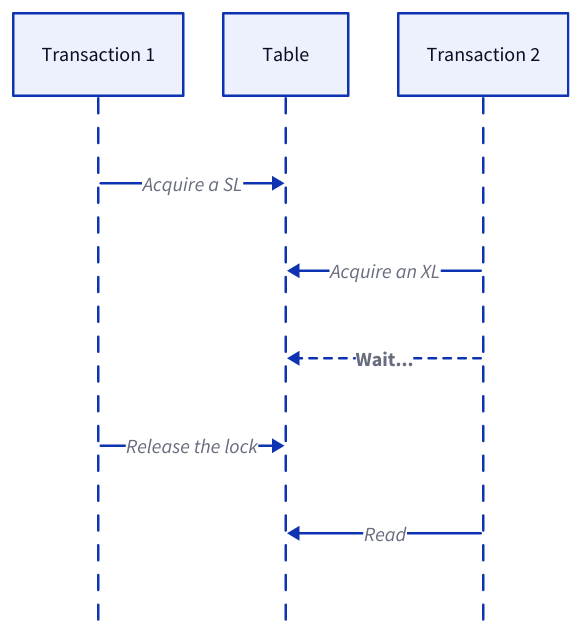
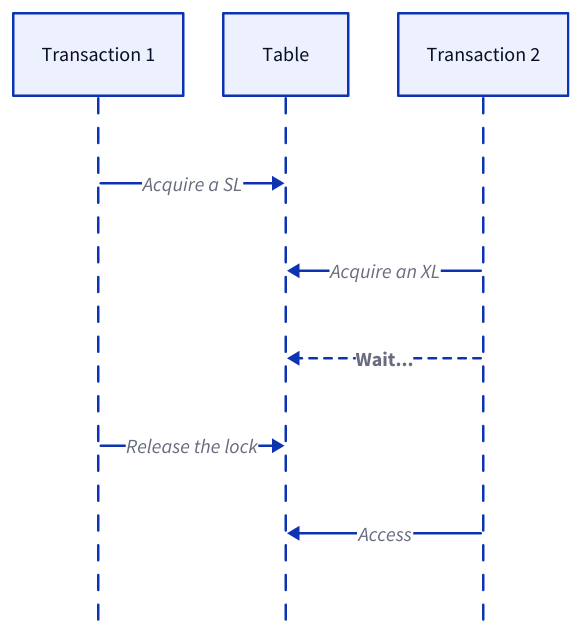
Before and after one commit to link1905/system-design-101: diagram 15 of 29 in content/docs/data-persistence/sql-database/concurrency-control.md, drawn with D2. The commit also changed other lines of this file and 40 other files, not shown here.

````diff
--- a/content/docs/data-persistence/sql-database/concurrency-control.md
+++ b/content/docs/data-persistence/sql-database/concurrency-control.md
@@ -467,14 +484,14 @@
 ```d2
 shape: sequence_diagram
 t1: Transaction 1
 a: Table
 t1 -> a: Acquire a SL
 t2: Transaction 2
 t2 -> a: Acquire an XL
 t2 -> a: Wait... {
     style.bold: true
     style.stroke-dash: 3
 }
 t1 -> a: Release the lock
-t2 -> a: Read
+t2 -> a: Access
 ```
````
